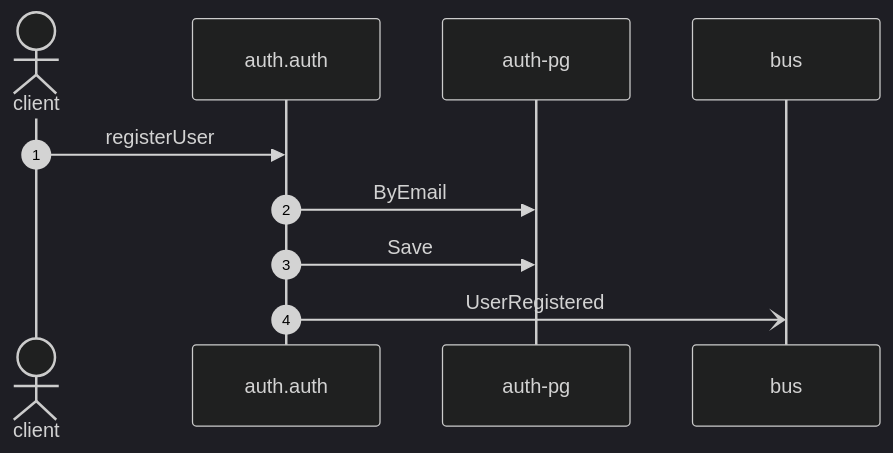
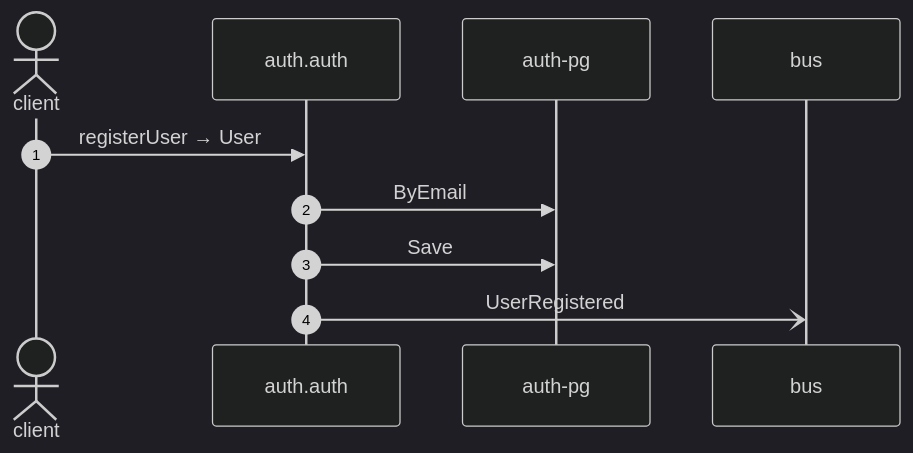
Before and after one commit to shortlink-org/portolan: the diagram in docs/flows/auth-register-user.md, drawn with Mermaid (dark theme). The commit also changed other lines of this file and 87 other files, not shown here.

````diff
--- a/docs/flows/auth-register-user.md
+++ b/docs/flows/auth-register-user.md
@@ -22,12 +22,12 @@
 ```mermaid
 sequenceDiagram
     autonumber
     actor p0 as client
     participant p1 as auth.auth
     participant p2 as auth-pg
     participant p3 as bus
-    p0->>p1: registerUser
+    p0->>p1: registerUser → User
     p1->>p2: ByEmail
     p1->>p2: Save
     p1-)p3: UserRegistered
 ```
````
